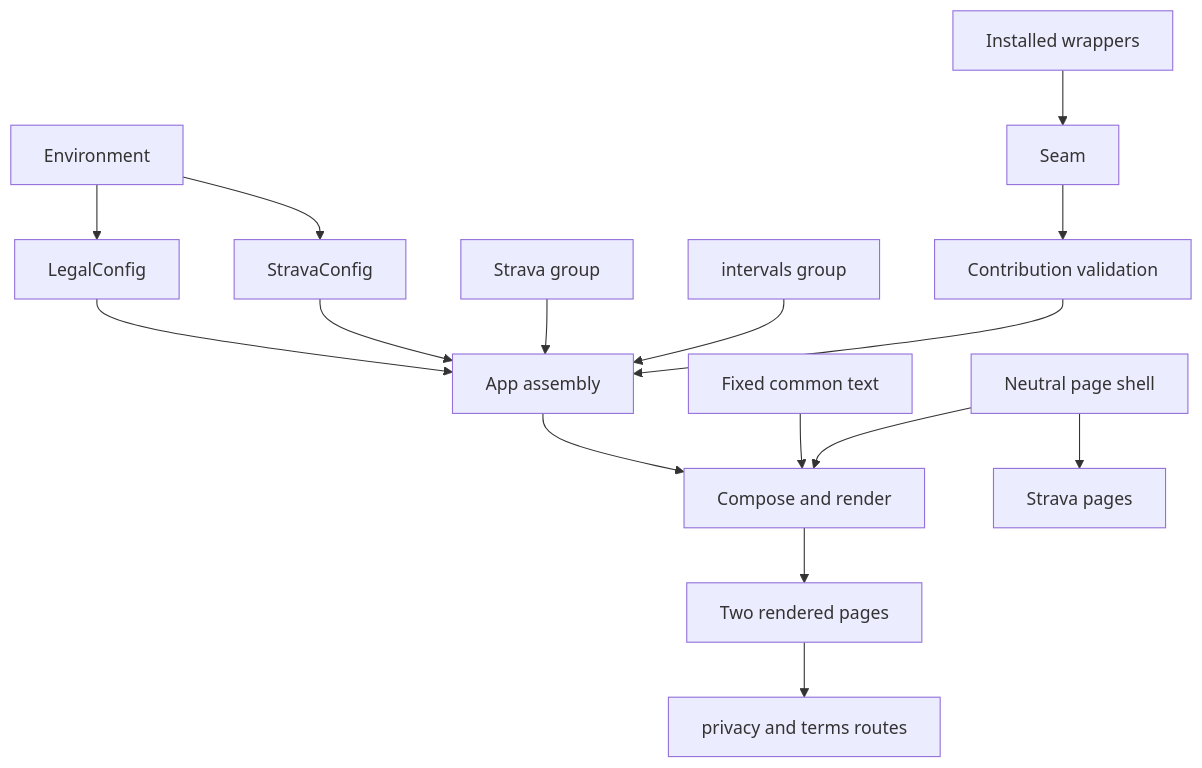
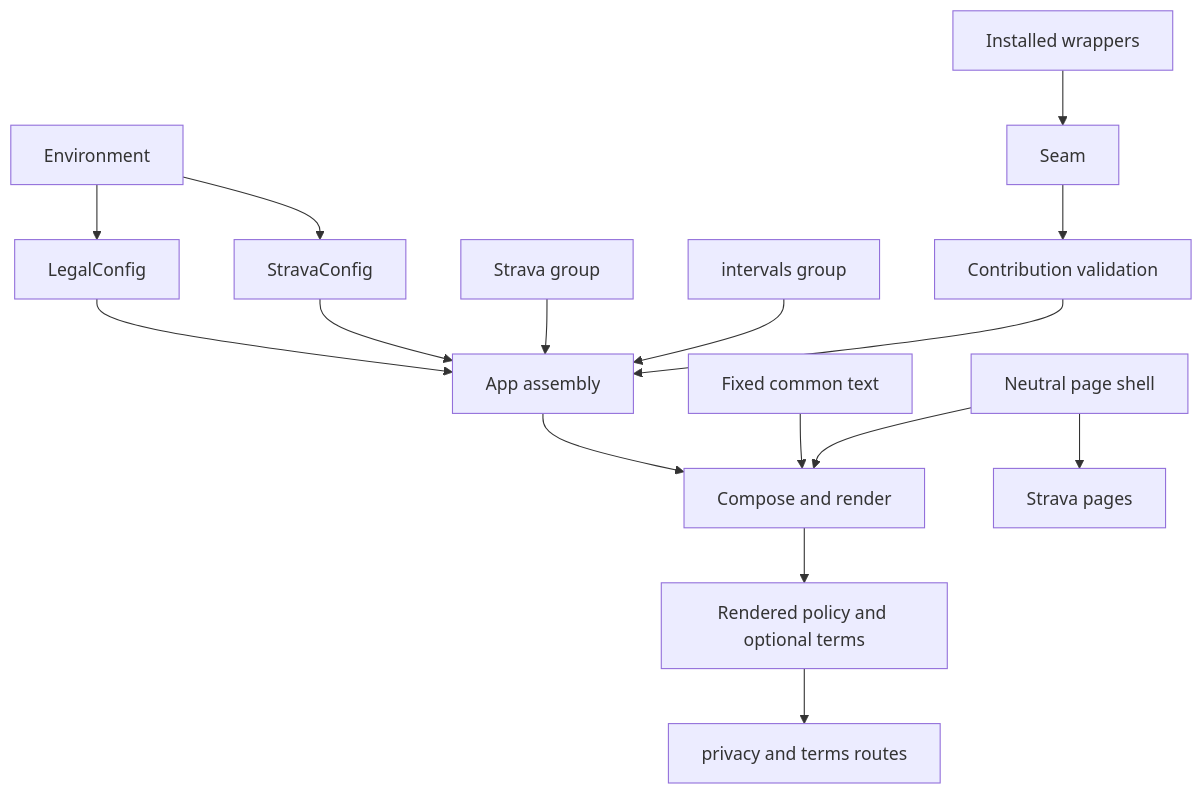
Before and after one commit to joshua-stauffer/fitdocs: the first of 2 diagrams in .kiro/specs/relay-legal-pages/design.md, drawn with Mermaid. The commit also changed other lines of this file and 4 other files, not shown here.

Commit message:
spec(relay-legal-pages): slim public version (maintainer) -- no terms text or operator commitments shipped; /terms only from deployment contributions; breach and rights sections leave the fixed policy; 51 criteria

````diff
--- a/.kiro/specs/relay-legal-pages/design.md
+++ b/.kiro/specs/relay-legal-pages/design.md
@@ -116,18 +122,18 @@
 ```mermaid
 graph TB
     Env[Environment] --> LegalConfig
     Env --> StravaConfig
     Wrappers[Installed wrappers] --> Seam
     Seam --> Validate[Contribution validation]
     LegalConfig --> Assemble[App assembly]
     StravaConfig --> Assemble
     StravaGroup[Strava group] --> Assemble
     IntervalsGroup[intervals group] --> Assemble
     Validate --> Assemble
     Assemble --> Compose[Compose and render]
     LegalText[Fixed common text] --> Compose
-    Compose --> LegalPages[Two rendered pages]
+    Compose --> LegalPages[Rendered policy and optional terms]
     LegalPages --> LegalRoutes[privacy and terms routes]
     Shell[Neutral page shell] --> Compose
     Shell --> StravaPages[Strava pages]
 ```
````
